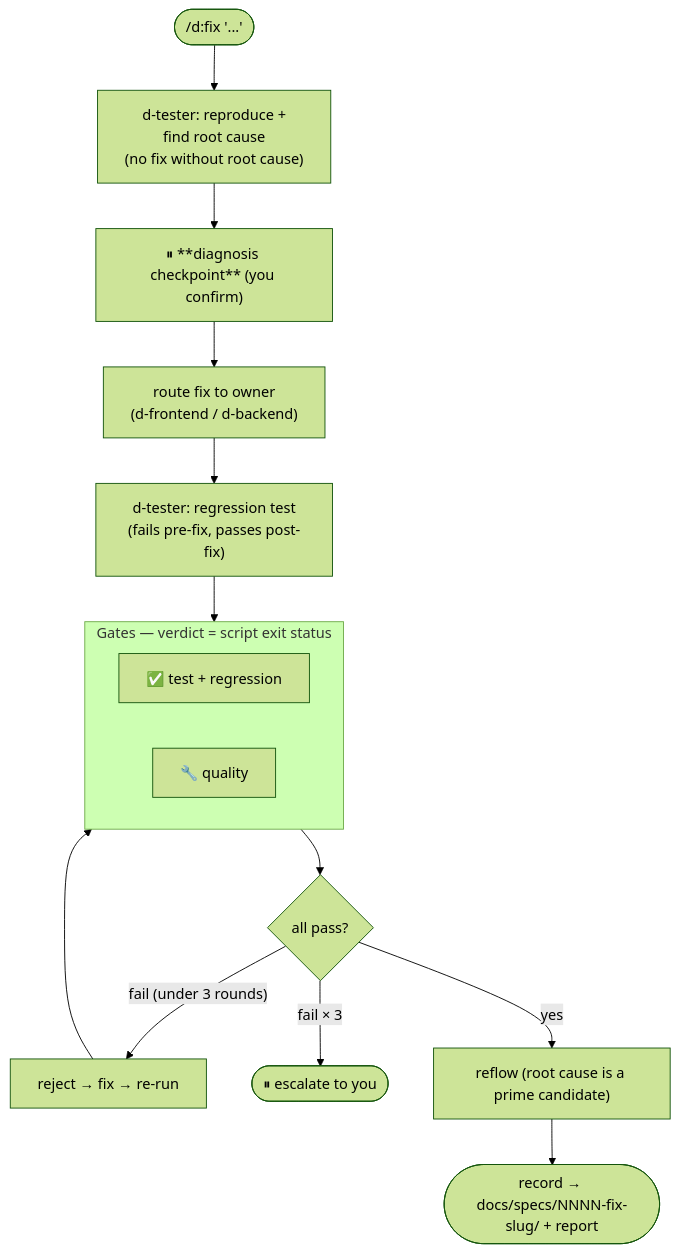
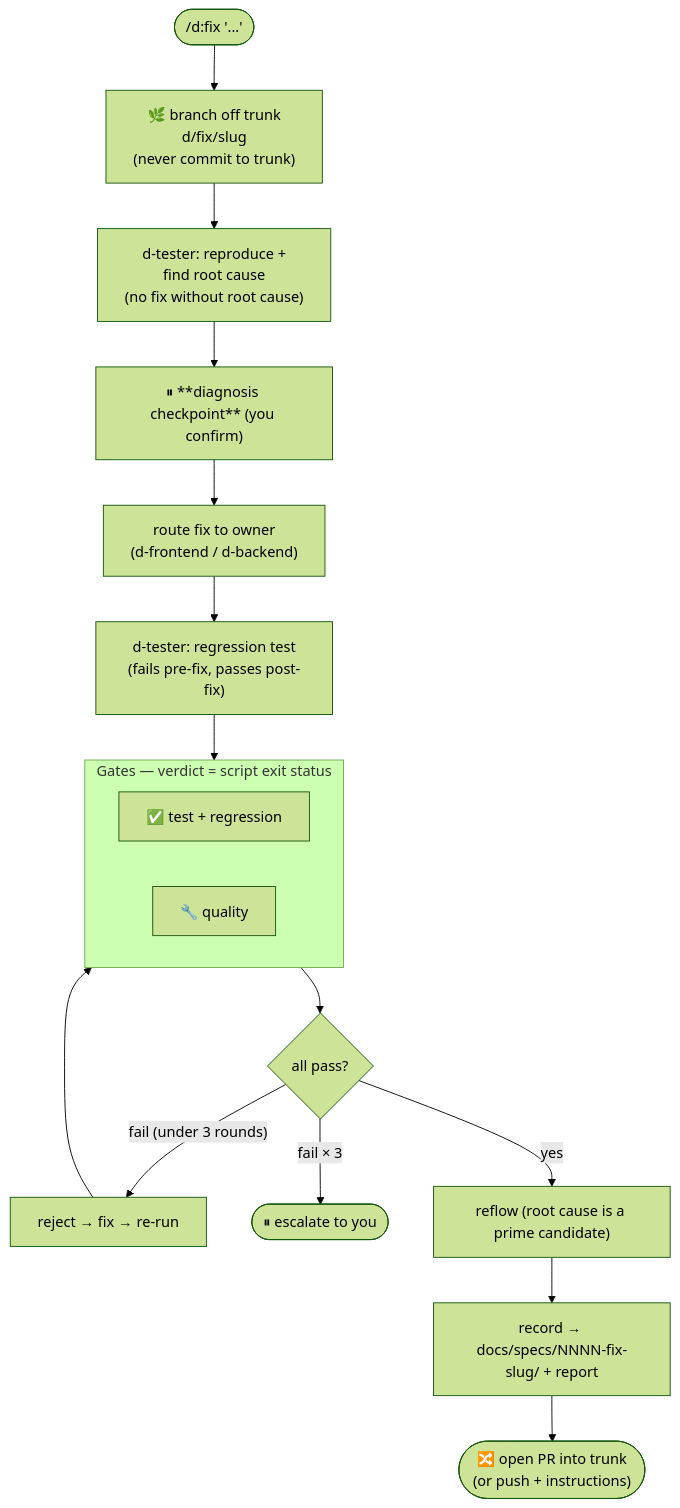
Before and after one commit to Adophlidu/cc-commands: the fourth of 5 diagrams in README.md, drawn with Mermaid (forest theme). The commit also changed other lines of this file, not shown here.

Commit message:
docs: update README for branch discipline, commit conventions, and permission pre-grant (phases 5-7) (#9)

````diff
--- a/README.md
+++ b/README.md
@@ -143,21 +147,23 @@
 ```mermaid
 flowchart TD
-    f0(["/d:fix '...'"]) --> f1["d-tester: reproduce +<br/>find root cause<br/>(no fix without root cause)"]
+    f0(["/d:fix '...'"]) --> fb["🌿 branch off trunk<br/>d/fix/slug<br/>(never commit to trunk)"]
+    fb --> f1["d-tester: reproduce +<br/>find root cause<br/>(no fix without root cause)"]
     f1 --> f2["⏸ **diagnosis checkpoint** (you confirm)"]
     f2 --> f3["route fix to owner<br/>(d-frontend / d-backend)"]
     f3 --> f4["d-tester: regression test<br/>(fails pre-fix, passes post-fix)"]
     f4 --> fg
 
     subgraph fg ["Gates — verdict = script exit status"]
         direction LR
         fg1["✅ test + regression"]
         fg2["🔧 quality"]
     end
 
     fg --> f5{"all pass?"}
     f5 -->|"fail (under 3 rounds)"| f6["reject → fix → re-run"]
     f6 --> fg
     f5 -->|"fail × 3"| fesc(["⏸ escalate to you"])
     f5 -->|yes| f7["reflow (root cause is a prime candidate)"]
-    f7 --> f8(["record → docs/specs/NNNN-fix-slug/ + report"])
+    f7 --> f8["record → docs/specs/NNNN-fix-slug/ + report"]
+    f8 --> f9(["🔀 open PR into trunk<br/>(or push + instructions)"])
 ```
````
